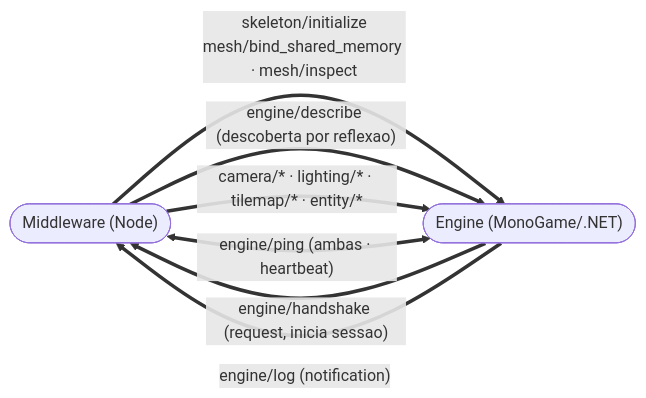
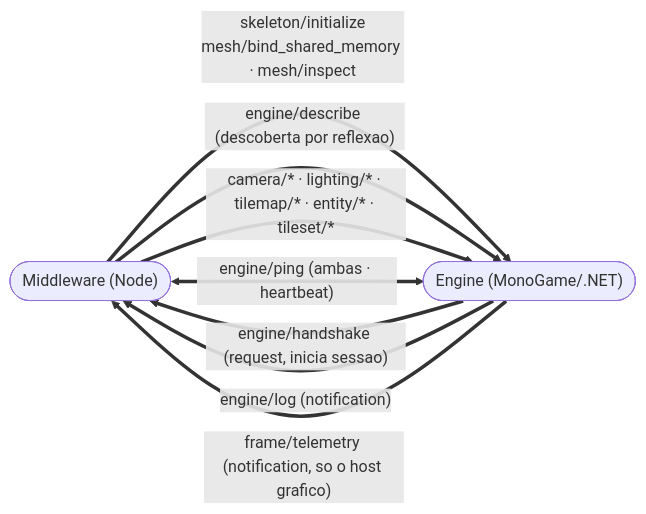
One commit to flaviotinococoutinho/Gridsmith changed the second of 4 diagrams in contracts/README.md. Above: the diagram before and after it, drawn with Mermaid. The commit also changed other lines of this file and 26 other files, not shown here.

````diff
--- a/contracts/README.md
+++ b/contracts/README.md
@@ -54,11 +60,12 @@
 ```mermaid
 graph LR
   M(["Middleware (Node)"])
   E(["Engine (MonoGame/.NET)"])
   M ==>|"skeleton/initialize<br/>mesh/bind_shared_memory · mesh/inspect"| E
   M ==>|"engine/describe (descoberta por reflexao)"| E
-  M ==>|"camera/* · lighting/* · tilemap/* · entity/*"| E
+  M ==>|"camera/* · lighting/* · tilemap/* · entity/* · tileset/*"| E
   E ==>|"engine/handshake (request, inicia sessao)"| M
   E ==>|"engine/log (notification)"| M
+  E ==>|"frame/telemetry (notification, so o host grafico)"| M
   M <==>|"engine/ping (ambas · heartbeat)"| E
 ```
````
